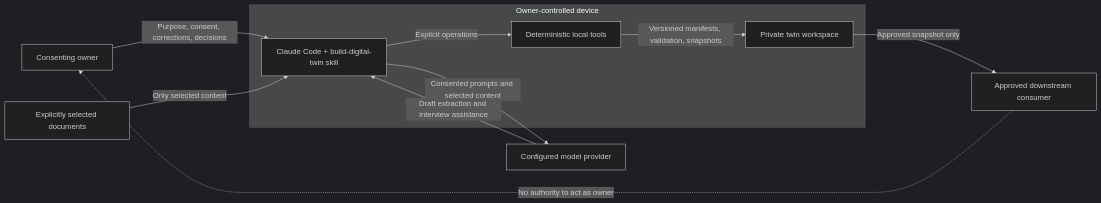
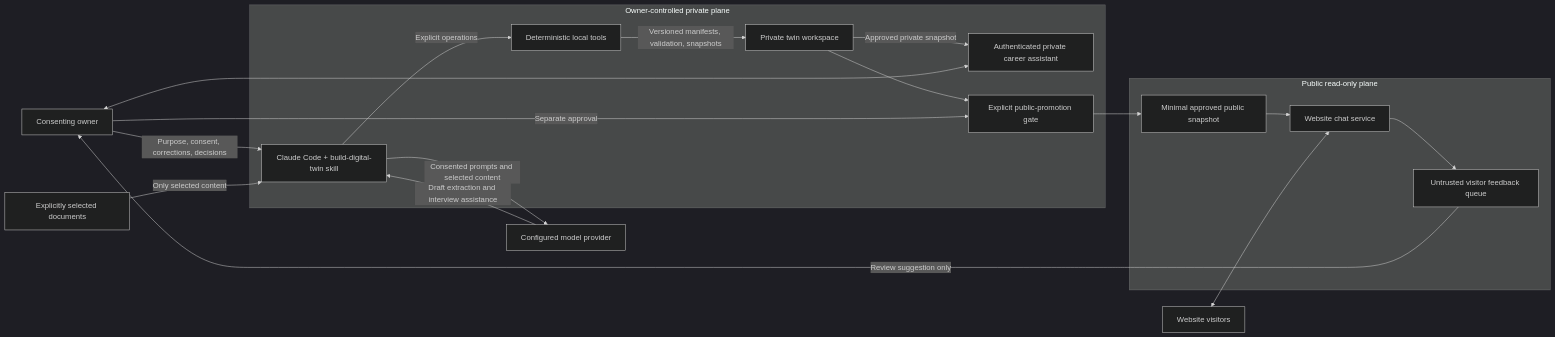
Before and after one commit to johnplantada/claude-skills: the first of 6 diagrams in plugins/digital-twin/docs/design-and-architecture.md, drawn with Mermaid (dark theme). The commit also changed other lines of this file and 6 other files, not shown here.

Commit message:
Document private and public twin serving roadmap

````diff
--- a/plugins/digital-twin/docs/design-and-architecture.md
+++ b/plugins/digital-twin/docs/design-and-architecture.md
@@ -119,23 +134,37 @@
 ```mermaid
 flowchart LR
     Owner["Consenting owner"]
     Documents["Explicitly selected documents"]
-    Consumer["Approved downstream consumer"]
+    Visitors["Website visitors"]
 
-    subgraph Device["Owner-controlled device"]
+    subgraph PrivatePlane["Owner-controlled private plane"]
         Skill["Claude Code + build-digital-twin skill"]
         Tools["Deterministic local tools"]
         Workspace["Private twin workspace"]
+        PrivateAssistant["Authenticated private career assistant"]
+        Promotion["Explicit public-promotion gate"]
+    end
+
+    subgraph PublicPlane["Public read-only plane"]
+        PublicSnapshot["Minimal approved public snapshot"]
+        WebsiteChat["Website chat service"]
+        Feedback["Untrusted visitor feedback queue"]
     end
 
     Provider["Configured model provider"]
 
     Owner -->|"Purpose, consent, corrections, decisions"| Skill
     Documents -->|"Only selected content"| Skill
     Skill -->|"Consented prompts and selected content"| Provider
     Provider -->|"Draft extraction and interview assistance"| Skill
     Skill -->|"Explicit operations"| Tools
     Tools -->|"Versioned manifests, validation, snapshots"| Workspace
-    Workspace -->|"Approved snapshot only"| Consumer
-    Consumer -.->|"No authority to act as owner"| Owner
+    Workspace -->|"Approved private snapshot"| PrivateAssistant
+    Owner <--> PrivateAssistant
+    Workspace --> Promotion
+    Owner -->|"Separate approval"| Promotion
+    Promotion --> PublicSnapshot --> WebsiteChat
+    Visitors <--> WebsiteChat
+    WebsiteChat --> Feedback
+    Feedback -->|"Review suggestion only"| Owner
 ```
````
